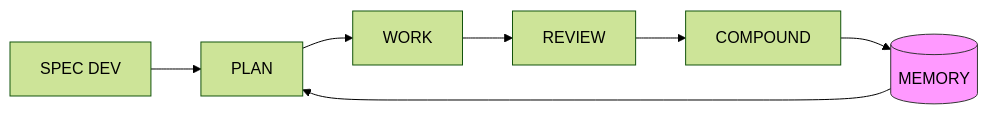
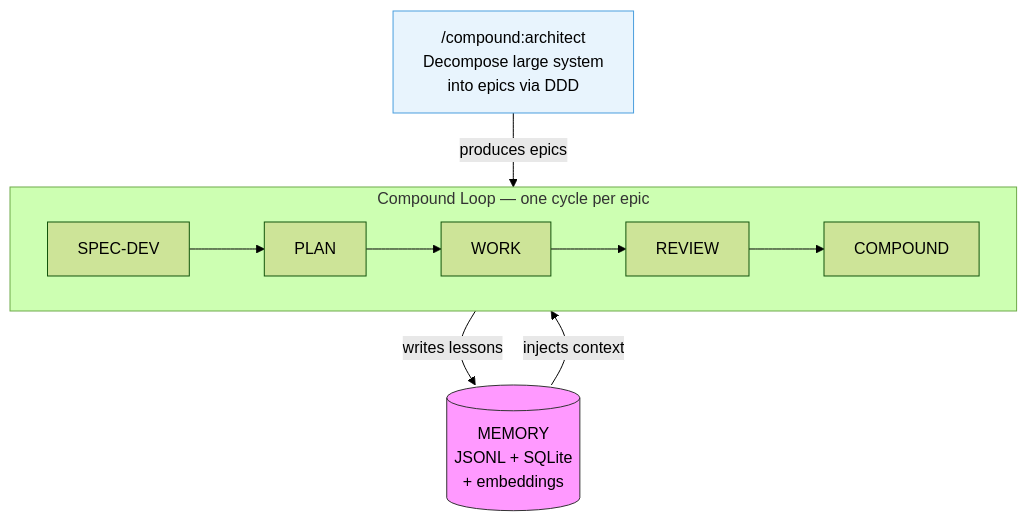
The first of 2 diagrams in README.md (Nathandela/compound-agent), drawn with Mermaid (forest theme) before and after one commit. The commit also changed other lines of this file and 4 other files, not shown here.

````diff
--- a/README.md
+++ b/README.md
@@ -20,11 +27,18 @@
 ```mermaid
-graph LR
-    B[SPEC DEV] --> P[PLAN]
-    P --> W[WORK]
-    W --> R[REVIEW]
-    R --> C[COMPOUND]
-    C --> M[(MEMORY)]
-    M --> P
+flowchart TD
+    A["/compound:architect\nDecompose large system\ninto epics via DDD"] -->|produces epics| L
+
+    subgraph L["Compound Loop — one cycle per epic"]
+        direction LR
+        S[SPEC-DEV] --> P[PLAN]
+        P --> W[WORK]
+        W --> R[REVIEW]
+        R --> C[COMPOUND]
+    end
+
+    C -->|writes lessons| M[(MEMORY\nJSONL + SQLite\n+ embeddings)]
+    M -->|injects context| P
 
     style M fill:#f9f,stroke:#333
+    style A fill:#e8f4fd,stroke:#4a9ede
 ```
````
